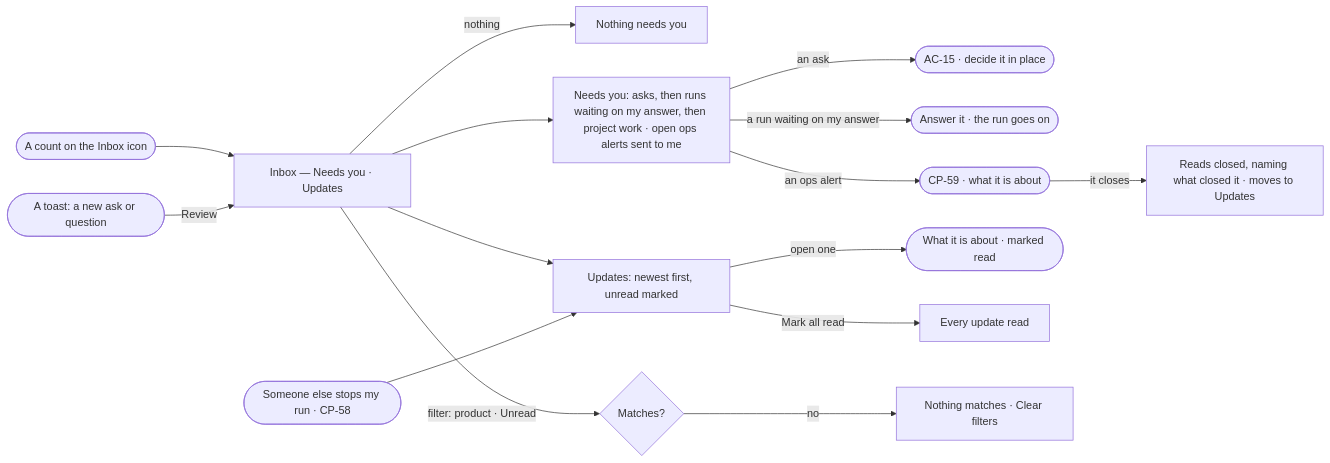
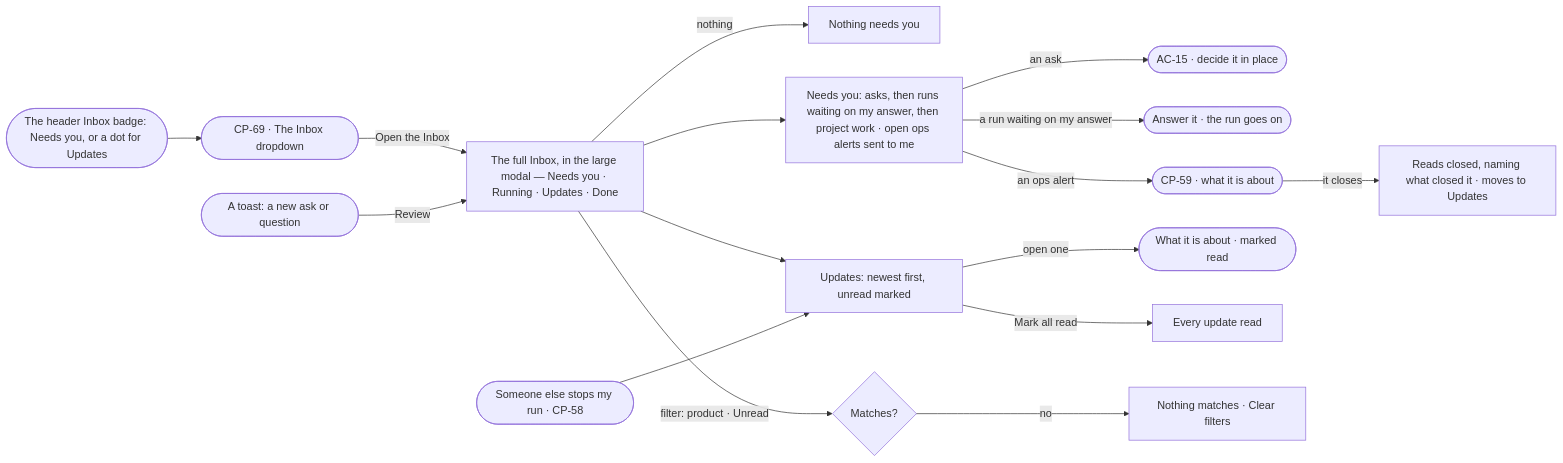
One commit to invana/invana changed the diagram in specs/os/control/features/CP-F08-the-inbox/stories/CP-36-see-what-needs-me-in-one-inbox/story.md. Above: the diagram before and after it, drawn with Mermaid. The commit also changed other lines of this file and 456 other files, not shown here.

````diff
--- a/specs/os/control/features/CP-F08-the-inbox/stories/CP-36-see-what-needs-me-in-one-inbox/story.md
+++ b/specs/os/control/features/CP-F08-the-inbox/stories/CP-36-see-what-needs-me-in-one-inbox/story.md
@@ -26,17 +27,18 @@
 ```mermaid
 flowchart LR
-  c([A count on the Inbox icon]) --> i["Inbox — Needs you · Updates"]
+  c([The header Inbox badge: Needs you, or a dot for Updates]) --> dd(["CP-69 · The Inbox dropdown"])
+  dd -->|Open the Inbox| i["The full Inbox, in the large modal — Needs you · Running · Updates · Done"]
   t([A toast: a new ask or question]) -->|Review| i
   i -->|nothing| e["Nothing needs you"]
   i --> n["Needs you: asks, then runs waiting on my answer, then project work · open ops alerts sent to me"]
   n -->|an ask| a(["AC-15 · decide it in place"])
   n -->|a run waiting on my answer| q(["Answer it · the run goes on"])
   n -->|an ops alert| oa(["CP-59 · what it is about"])
   oa -->|it closes| cl["Reads closed, naming what closed it · moves to Updates"]
   i --> u["Updates: newest first, unread marked"]
   st([Someone else stops my run · CP-58]) --> u
   u -->|open one| g(["What it is about · marked read"])
   u -->|Mark all read| r["Every update read"]
   i -->|filter: product · Unread| f{"Matches?"}
   f -->|no| z["Nothing matches · Clear filters"]
 ```
````
